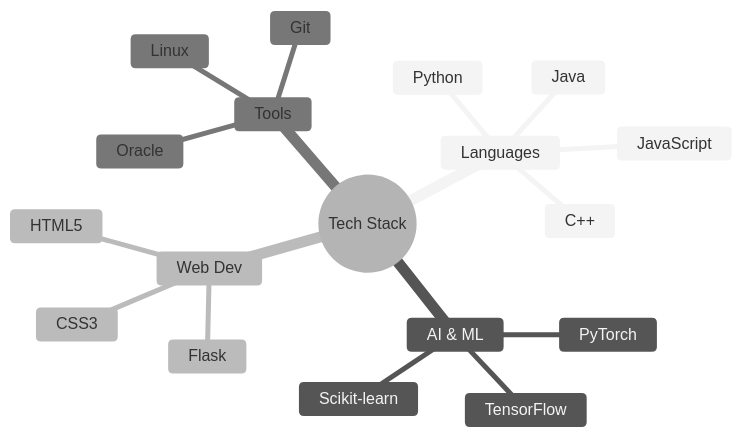
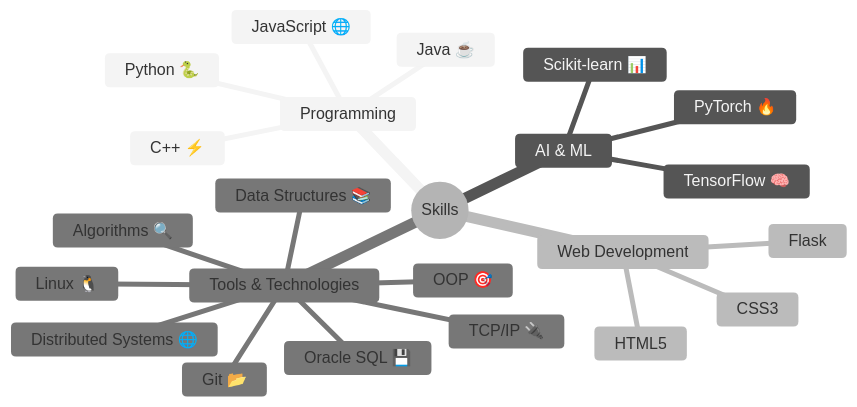
The diagram in README.md (kvcops/kvcops), drawn with Mermaid (neutral theme) before and after one commit. The commit also changed other lines of this file, not shown here.

````diff
--- a/README.md
+++ b/README.md
@@ -21,21 +43,26 @@
 ```mermaid
 mindmap
-  root((Tech Stack))
-    Languages
-      Python
-      C++
-      Java
-      JavaScript
+  root((Skills))
+    Programming
+      Python 🐍
+      C++ ⚡
+      Java ☕
+      JavaScript 🌐
     AI & ML
-      TensorFlow
-      PyTorch
-      Scikit-learn
-    Web Dev
+      TensorFlow 🧠
+      PyTorch 🔥
+      Scikit-learn 📊
+    Web Development
       HTML5
       CSS3
       Flask
-    Tools
-      Git
-      Linux
-      Oracle
+    Tools & Technologies
+      Git 📂
+      Linux 🐧
+      Oracle SQL 💾
+      Data Structures 📚
+      Algorithms 🔍
+      OOP 🎯
+      Distributed Systems 🌐
+      TCP/IP 🔌
 ```
````
